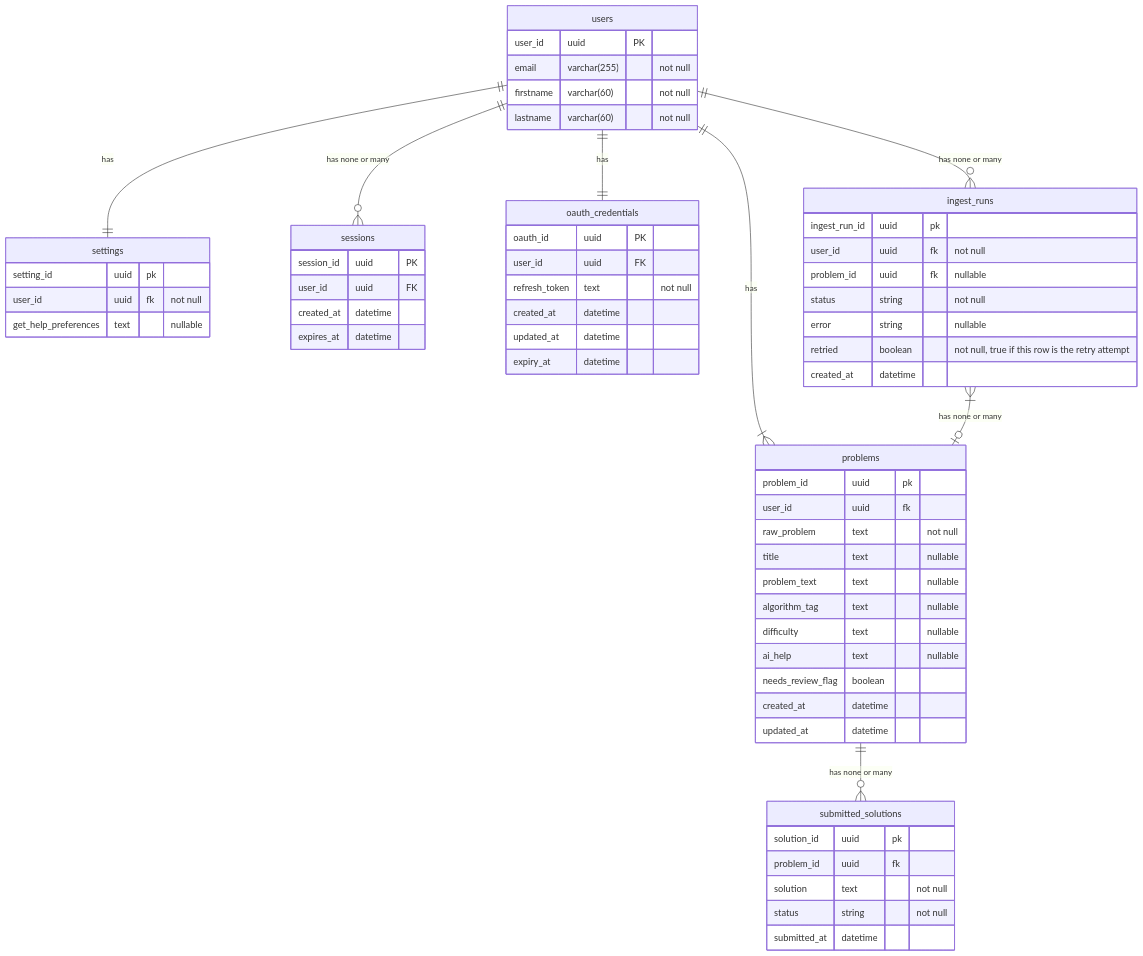
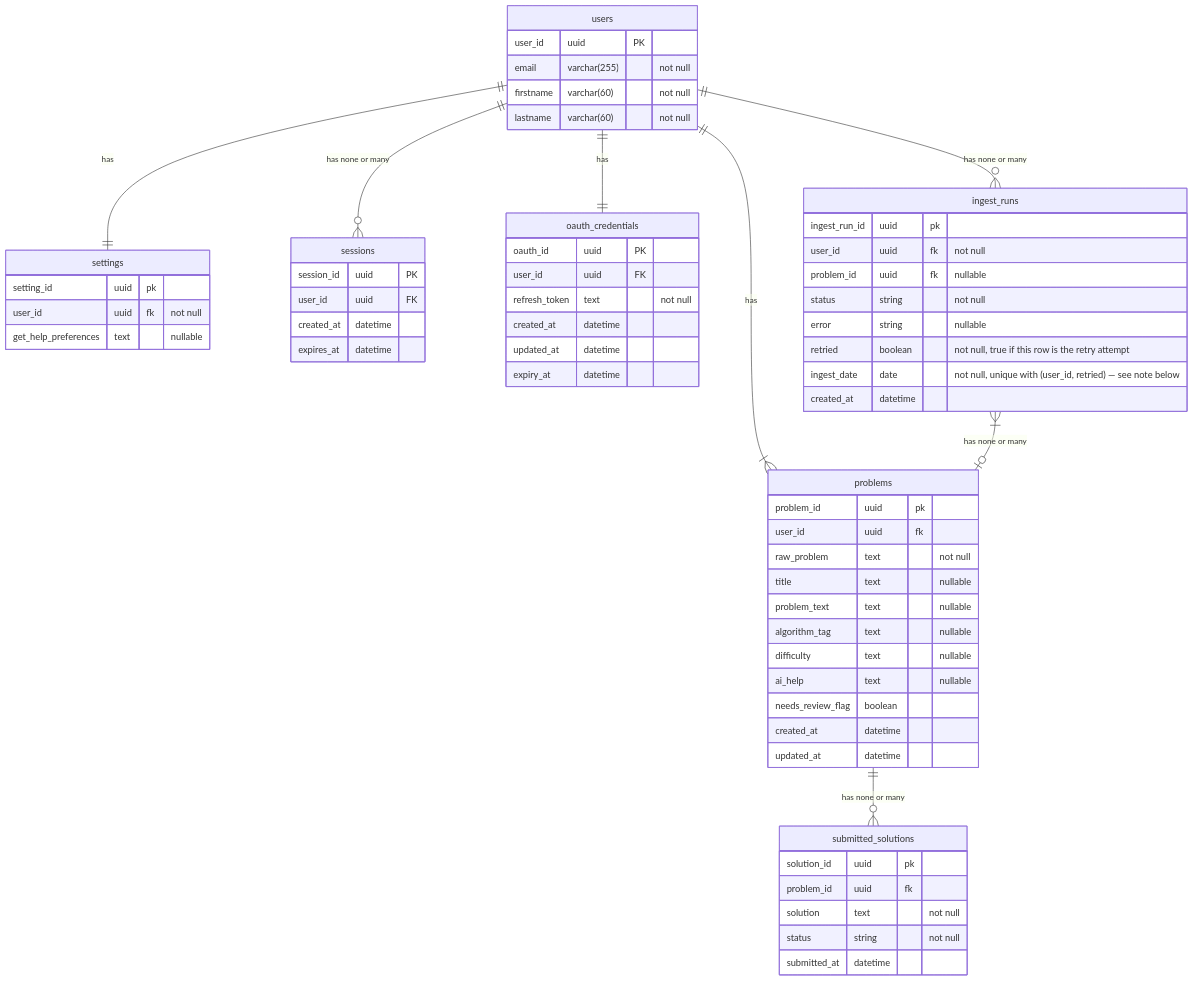
The diagram in api-docs/er_diagram.md (sabi1125/daily-coding-companion), drawn with Mermaid before and after one commit. The commit also changed other lines of this file and 1 other file, not shown here.

````diff
--- a/api-docs/er_diagram.md
+++ b/api-docs/er_diagram.md
@@ -3,71 +3,72 @@
 ```mermaid
 erDiagram
 users {
     user_id uuid PK
     email varchar(255) "not null"
     firstname varchar(60) "not null"
     lastname varchar(60) "not null"
 }
 
 settings {
     setting_id uuid pk
     user_id uuid fk "not null"
     get_help_preferences text "nullable"
 }
 
 sessions {
     session_id uuid PK
     user_id uuid FK
     created_at datetime
     expires_at datetime
 }
 
 oauth_credentials {
     oauth_id uuid PK
     user_id uuid FK
     refresh_token text "not null"
     created_at datetime
     updated_at datetime
     expiry_at datetime
 }
 
 problems {
     problem_id uuid pk
     user_id uuid fk
     raw_problem text "not null"
     title text "nullable"
     problem_text text "nullable"
     algorithm_tag text "nullable"
     difficulty text "nullable"
     ai_help text "nullable"
     needs_review_flag boolean
     created_at datetime
     updated_at datetime
 }
 
 submitted_solutions {
     solution_id uuid pk
     problem_id uuid fk
     solution text "not null"
     status string "not null"
     submitted_at datetime
 }
 
 ingest_runs {
     ingest_run_id uuid pk
     user_id uuid fk "not null"
     problem_id uuid fk "nullable"
     status string "not null"
     error string "nullable"
     retried boolean "not null, true if this row is the retry attempt"
+    ingest_date date "not null, unique with (user_id, retried) — see note below"
     created_at datetime
 }
 
 users ||--o{ sessions : "has none or many"
 users ||--|| oauth_credentials : "has"
 users ||--|{ problems: "has"
 users ||--|| settings: "has"
 users ||--o{ ingest_runs : "has none or many"
 ingest_runs }|--o| problems : "has none or many"
 problems ||--o{ submitted_solutions: "has none or many"
 ```
````
